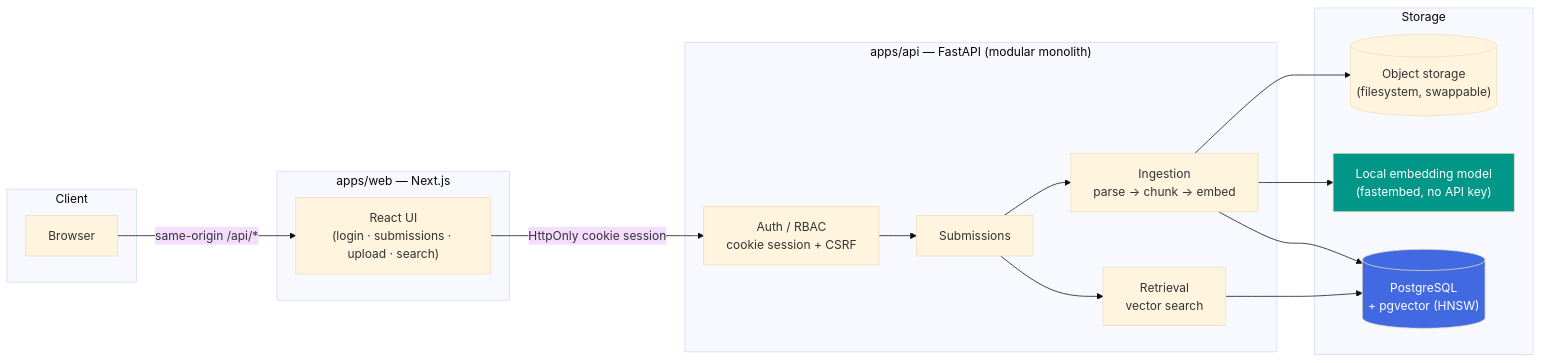
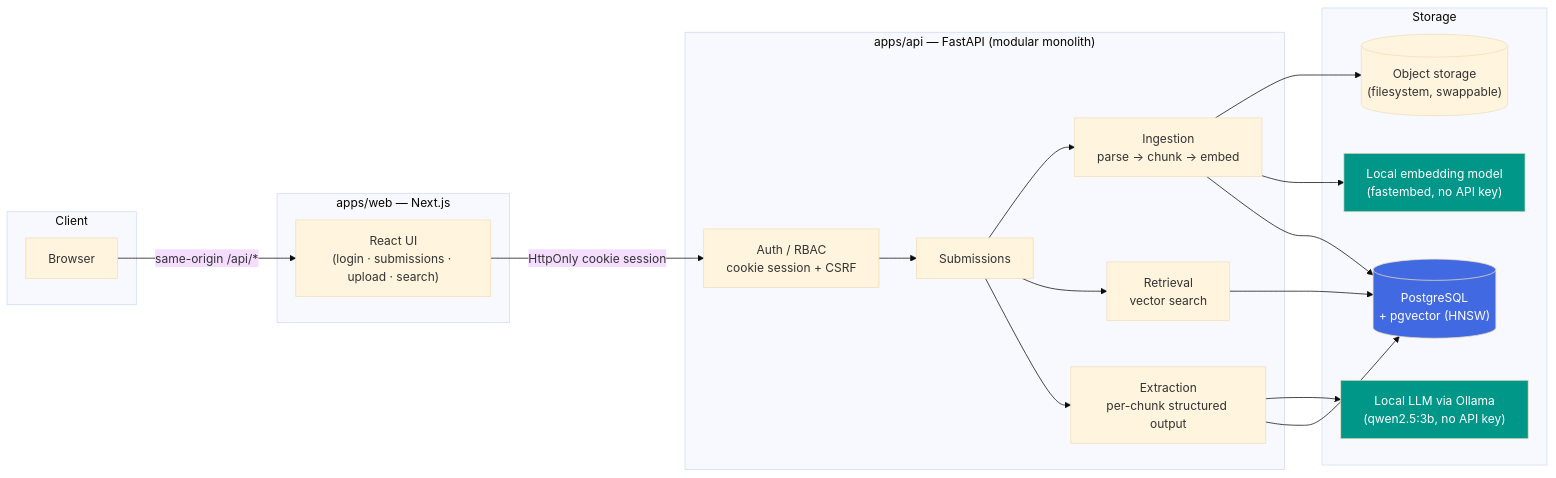
One commit to ngcd04-fa07/enterprise-agent-platform changed the diagram in README.md. Above: the diagram before and after it, drawn with Mermaid (base theme). The commit also changed other lines of this file and 23 other files, not shown here.

````diff
--- a/README.md
+++ b/README.md
@@ -36,36 +36,42 @@
 ```mermaid
 flowchart LR
     subgraph Client
         Browser
     end
 
     subgraph "apps/web — Next.js"
         UI["React UI\n(login · submissions · upload · search)"]
     end
 
     subgraph "apps/api — FastAPI (modular monolith)"
         Auth["Auth / RBAC\ncookie session + CSRF"]
         Sub["Submissions"]
         Ing["Ingestion\nparse → chunk → embed"]
         Ret["Retrieval\nvector search"]
+        Ext["Extraction\nper-chunk structured output"]
     end
 
     subgraph Storage
         PG[("PostgreSQL\n+ pgvector (HNSW)")]
         FS[("Object storage\n(filesystem, swappable)")]
         EMB["Local embedding model\n(fastembed, no API key)"]
+        LLM["Local LLM via Ollama\n(qwen2.5:3b, no API key)"]
     end
 
     Browser -->|"same-origin /api/*"| UI
     UI -->|HttpOnly cookie session| Auth
     Auth --> Sub
     Sub --> Ing
     Ing --> FS
     Ing --> EMB
     Ing --> PG
     Sub --> Ret
     Ret --> PG
+    Sub --> Ext
+    Ext --> LLM
+    Ext --> PG
 
     style PG fill:#4169E1,color:#fff
     style EMB fill:#009688,color:#fff
+    style LLM fill:#009688,color:#fff
 ```
````
